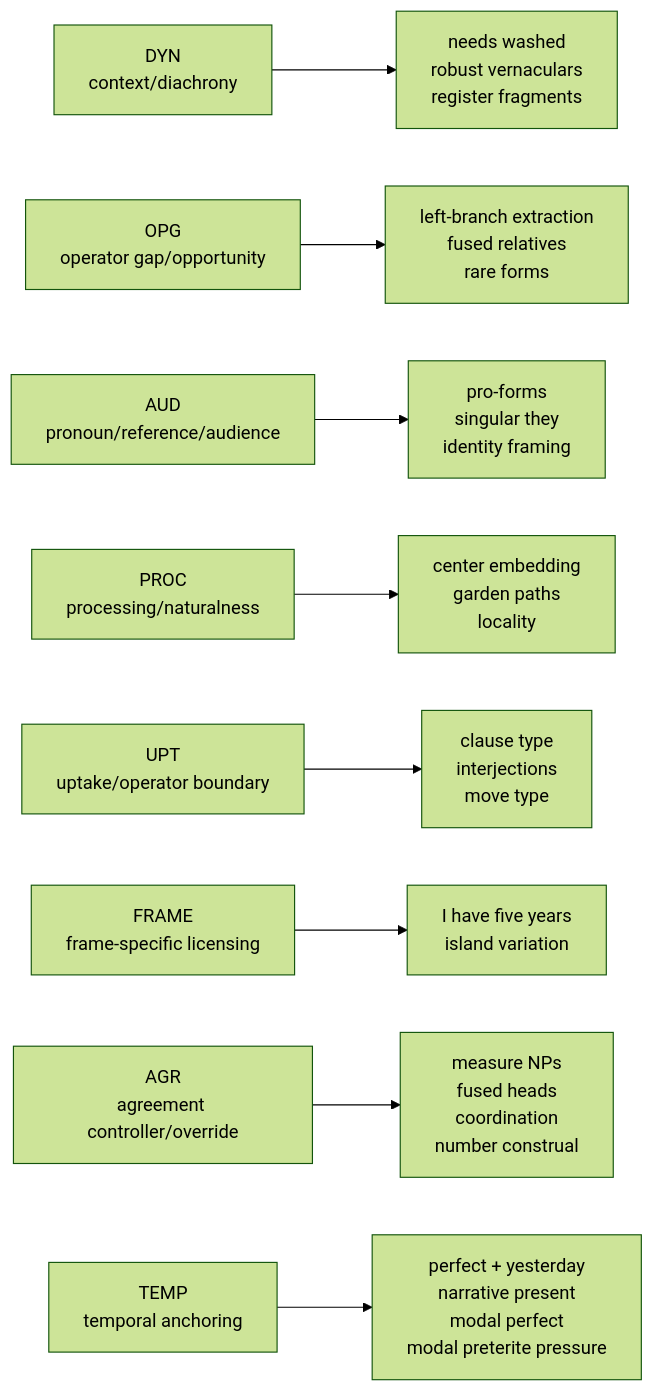
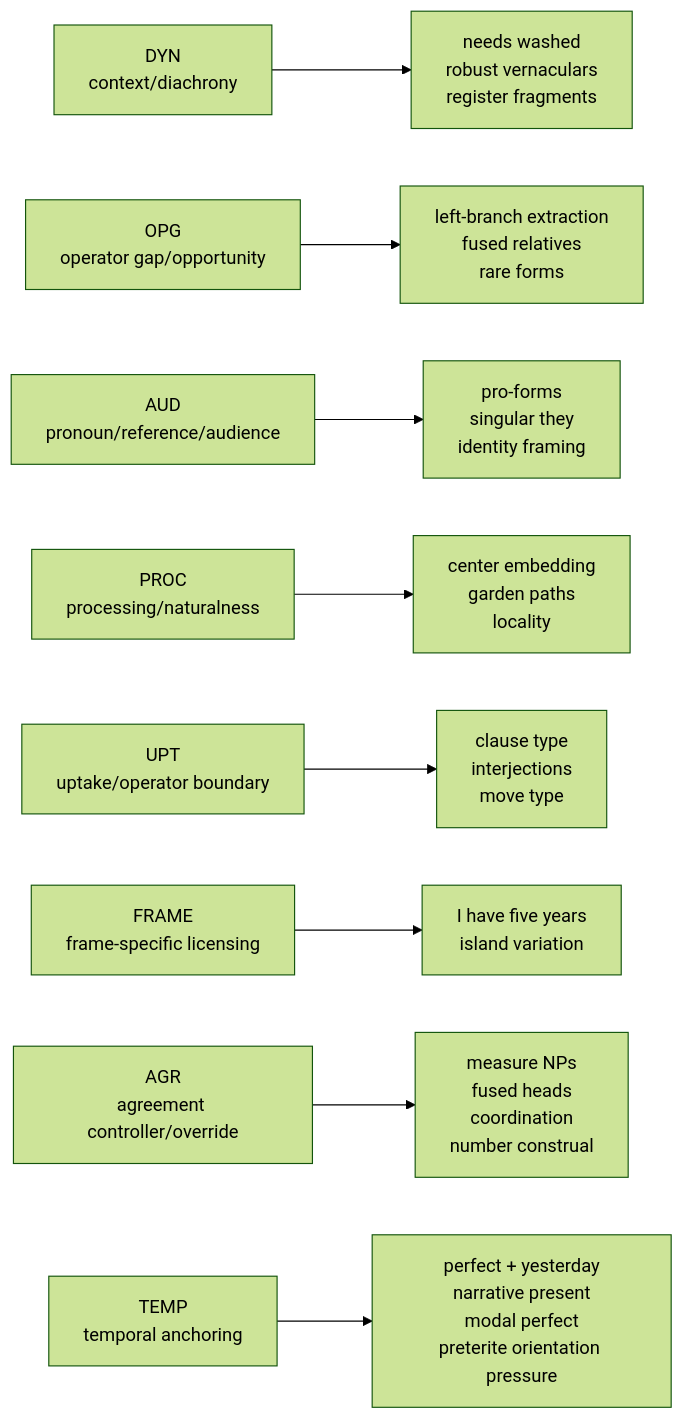
One commit to BrettRey/Grammaticality-de-idealized-v2 changed the first of 4 diagrams in subprojects/evolutionary-dag-workbench/notes/state-of-search-report-2026-06-09.md. Above: the diagram before and after it, drawn with Mermaid (forest theme). The commit also changed other lines of this file and 7 other files, not shown here.

````diff
--- a/subprojects/evolutionary-dag-workbench/notes/state-of-search-report-2026-06-09.md
+++ b/subprojects/evolutionary-dag-workbench/notes/state-of-search-report-2026-06-09.md
@@ -26,20 +25,20 @@
 ```mermaid
 flowchart LR
   DYN["DYN<br/>context/diachrony"]
   OPG["OPG<br/>operator gap/opportunity"]
   AUD["AUD<br/>pronoun/reference/audience"]
   PROC["PROC<br/>processing/naturalness"]
   UPT["UPT<br/>uptake/operator boundary"]
   FRAME["FRAME<br/>frame-specific licensing"]
   AGR["AGR<br/>agreement controller/override"]
   TEMP["TEMP<br/>temporal anchoring"]
 
   DYN --> ContextCases["needs washed<br/>robust vernaculars<br/>register fragments"]
   OPG --> GapCases["left-branch extraction<br/>fused relatives<br/>rare forms"]
   AUD --> PronounCases["pro-forms<br/>singular they<br/>identity framing"]
   PROC --> ProcessingCases["center embedding<br/>garden paths<br/>locality"]
   UPT --> UptakeCases["clause type<br/>interjections<br/>move type"]
   FRAME --> FrameCases["I have five years<br/>island variation"]
   AGR --> AgreementCases["measure NPs<br/>fused heads<br/>coordination<br/>number construal"]
-  TEMP --> TemporalCases["perfect + yesterday<br/>narrative present<br/>modal perfect<br/>modal preterite pressure"]
+  TEMP --> TemporalCases["perfect + yesterday<br/>narrative present<br/>modal perfect<br/>preterite orientation pressure"]
 ```
````
